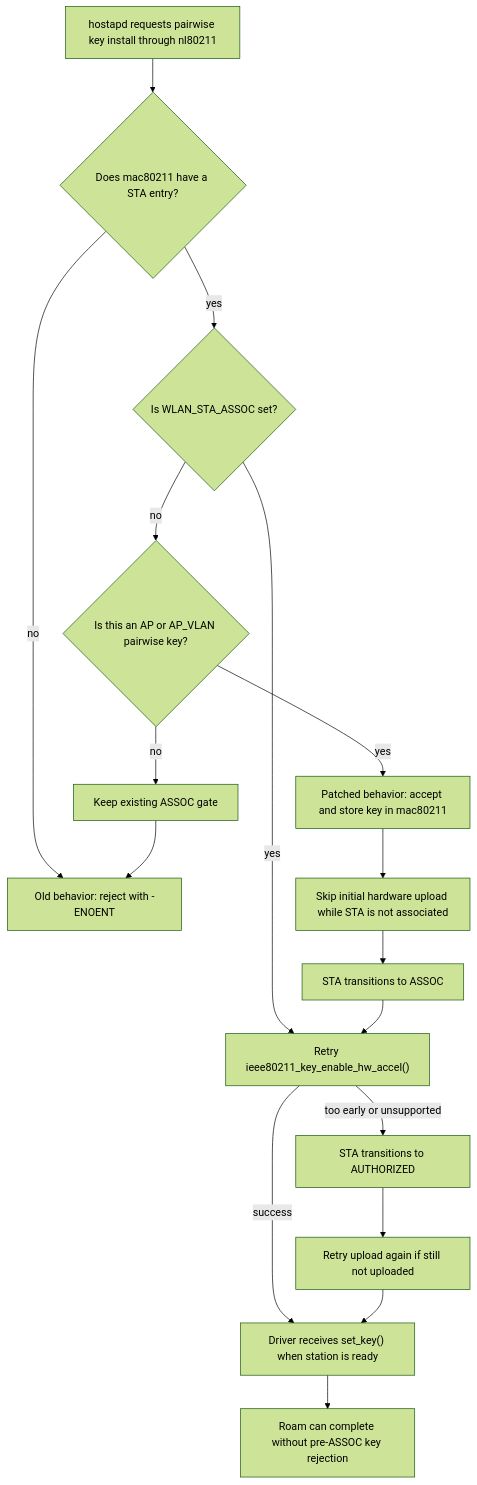
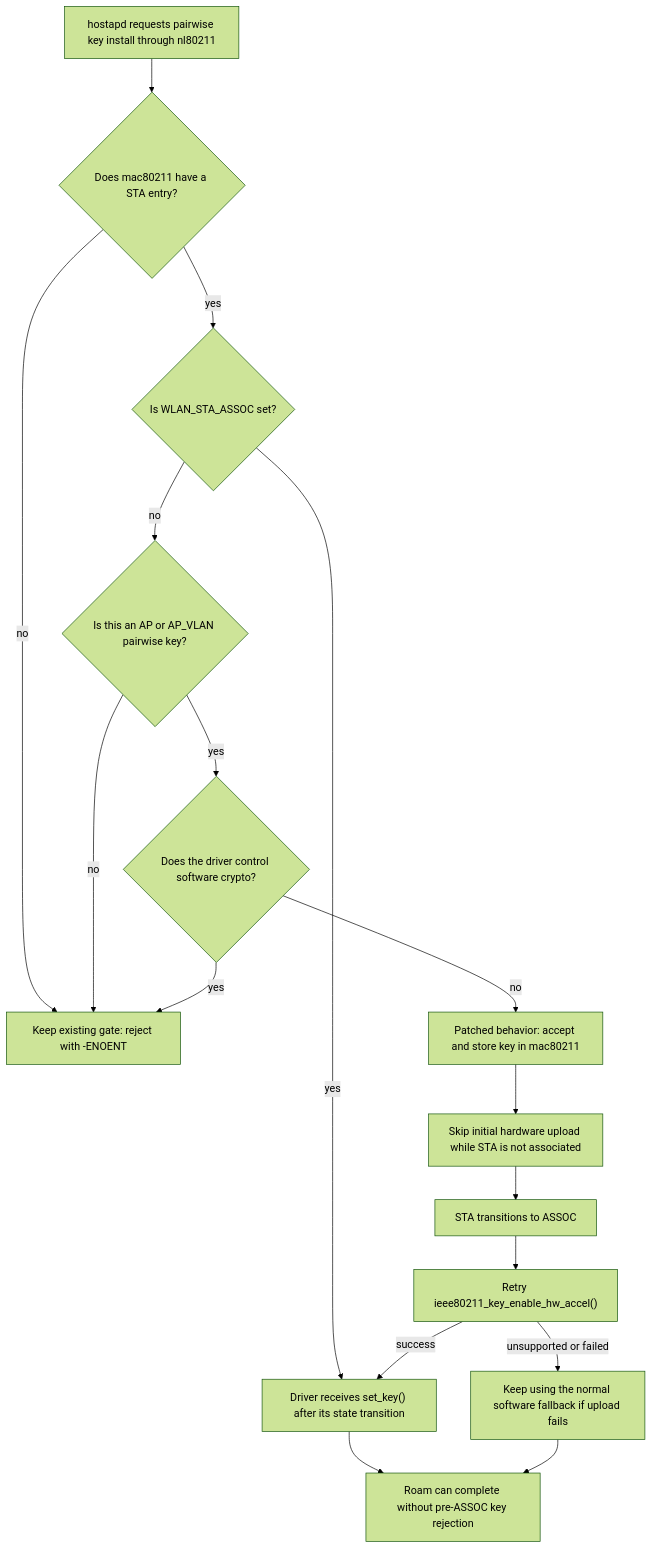
One commit to AndreaCovelli/openwrt-ft-race-patches changed the first of 3 diagrams in docs/ft-key-upload-race/README.md. Above: the diagram before and after it, drawn with Mermaid (forest theme). The commit also changed other lines of this file and 7 other files, not shown here.

First line of the commit message:
fix(mac80211): restrict FT key deferral to automatic software crypto

````diff
--- a/docs/ft-key-upload-race/README.md
+++ b/docs/ft-key-upload-race/README.md
@@ -91,34 +91,33 @@
 ```mermaid
 flowchart TD
     REQUEST["hostapd requests pairwise key install through nl80211"]
     LOOKUP{"Does mac80211 have a STA entry?"}
     ASSOC{"Is WLAN_STA_ASSOC set?"}
     APPAIR{"Is this an AP or AP_VLAN pairwise key?"}
-    OLD_REJECT["Old behavior: reject with -ENOENT"]
-    KEEP_OLD_GATE["Keep existing ASSOC gate"]
+    SWCTRL{"Does the driver control software crypto?"}
+    REJECT["Keep existing gate: reject with -ENOENT"]
     STORE["Patched behavior: accept and store key in mac80211"]
     SKIP_HW["Skip initial hardware upload while STA is not associated"]
     ASSOC_EVENT["STA transitions to ASSOC"]
     UPLOAD["Retry ieee80211_key_enable_hw_accel()"]
-    AUTH_EVENT["STA transitions to AUTHORIZED"]
-    RETRY["Retry upload again if still not uploaded"]
-    DRIVER["Driver receives set_key() when station is ready"]
+    DRIVER["Driver receives set_key() after its state transition"]
+    SOFTWARE["Keep using the normal software fallback if upload fails"]
     DONE["Roam can complete without pre-ASSOC key rejection"]
 
     REQUEST --> LOOKUP
-    LOOKUP -->|"no"| OLD_REJECT
+    LOOKUP -->|"no"| REJECT
     LOOKUP -->|"yes"| ASSOC
-    ASSOC -->|"yes"| UPLOAD
+    ASSOC -->|"yes"| DRIVER
     ASSOC -->|"no"| APPAIR
-    APPAIR -->|"no"| KEEP_OLD_GATE
-    KEEP_OLD_GATE --> OLD_REJECT
-    APPAIR -->|"yes"| STORE
+    APPAIR -->|"no"| REJECT
+    APPAIR -->|"yes"| SWCTRL
+    SWCTRL -->|"yes"| REJECT
+    SWCTRL -->|"no"| STORE
     STORE --> SKIP_HW
     SKIP_HW --> ASSOC_EVENT
     ASSOC_EVENT --> UPLOAD
     UPLOAD -->|"success"| DRIVER
-    UPLOAD -->|"too early or unsupported"| AUTH_EVENT
-    AUTH_EVENT --> RETRY
-    RETRY --> DRIVER
+    UPLOAD -->|"unsupported or failed"| SOFTWARE
     DRIVER --> DONE
+    SOFTWARE --> DONE
 ```
````
